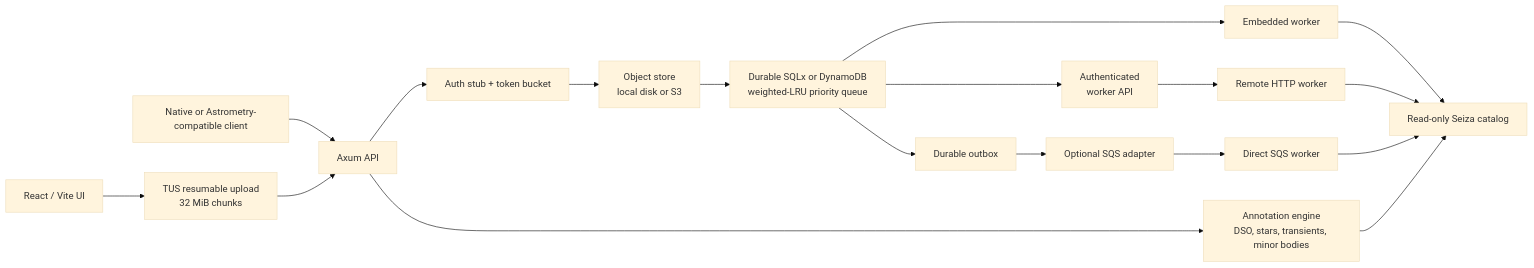
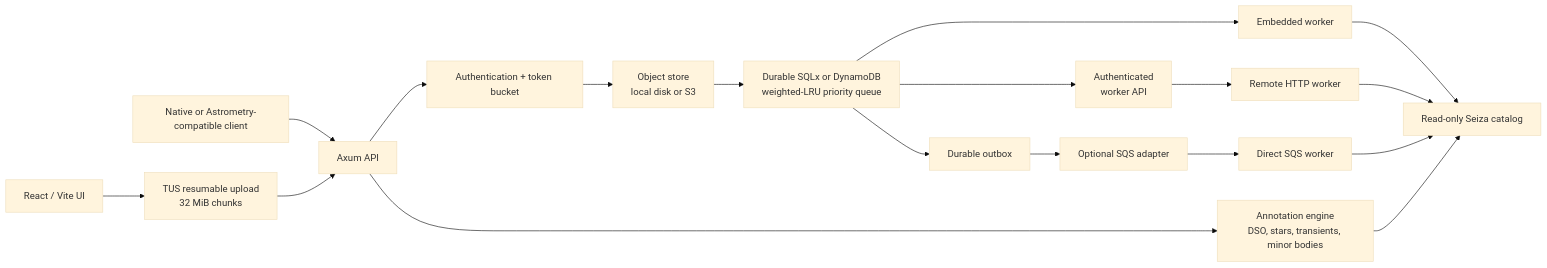
The diagram in docs/architecture.md (theatrus/seiza-server), drawn with Mermaid (base theme) before and after one commit. The commit also changed other lines of this file and 9 other files, not shown here.

````diff
--- a/docs/architecture.md
+++ b/docs/architecture.md
@@ -5,20 +5,20 @@
 ```mermaid
 flowchart LR
     Browser["React / Vite UI"] --> Upload["TUS resumable upload\n32 MiB chunks"]
     Client["Native or Astrometry-compatible client"] --> API
     Upload --> API["Axum API"]
-    API --> Admission["Auth stub + token bucket"]
+    API --> Admission["Authentication + token bucket"]
     Admission --> Store["Object store\nlocal disk or S3"]
     Store --> Queue["Durable SQLx or DynamoDB\nweighted-LRU priority queue"]
     Queue --> Embedded["Embedded worker"]
     Queue --> WorkerAPI["Authenticated\nworker API"]
     Queue --> Outbox["Durable outbox"]
     Outbox --> SQS["Optional SQS adapter"]
     SQS --> Direct["Direct SQS worker"]
     WorkerAPI --> Remote["Remote HTTP worker"]
     Embedded --> Catalog["Read-only Seiza catalog"]
     Remote --> Catalog
     Direct --> Catalog
     API --> Annotations["Annotation engine\nDSO, stars, transients, minor bodies"]
     Annotations --> Catalog
 ```
````
